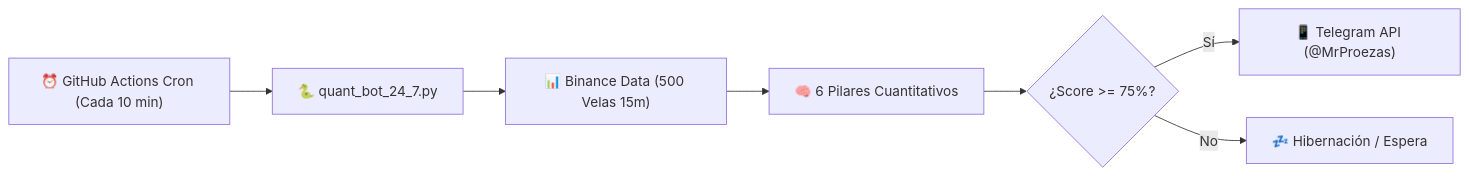
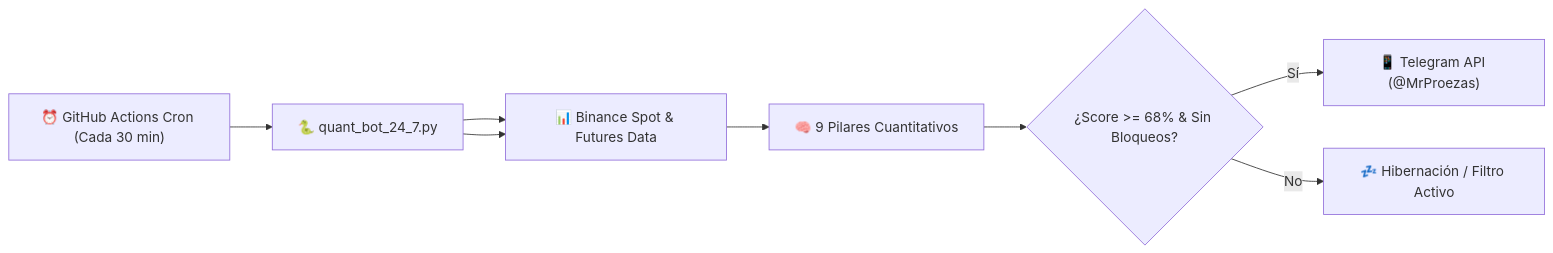
Before and after one commit to elgrantimerio-max/btc_alert_bot: the diagram in README.md, drawn with Mermaid. The commit also changed other lines of this file and 6 other files, not shown here.

````diff
--- a/README.md
+++ b/README.md
@@ -19,9 +42,10 @@
 ```mermaid
 flowchart LR
-    A["⏰ GitHub Actions Cron (Cada 10 min)"] --> B["🐍 quant_bot_24_7.py"]
-    B --> C["📊 Binance Data (500 Velas 15m)"]
-    C --> D["🧠 6 Pilares Cuantitativos"]
-    D --> E{"¿Score >= 75%?"}
+    A["⏰ GitHub Actions Cron (Cada 30 min)"] --> B["🐍 quant_bot_24_7.py"]
+    B --> C["📊 Binance Spot & Futures Data"]
+    B --> C["📊 Binance Spot & Futures Data"]
+    C --> D["🧠 9 Pilares Cuantitativos"]
+    D --> E{"¿Score >= 68% & Sin Bloqueos?"}
     E -- Sí --> F["📱 Telegram API (@MrProezas)"]
-    E -- No --> G["💤 Hibernación / Espera"]
+    E -- No --> G["💤 Hibernación / Filtro Activo"]
 ```
````
